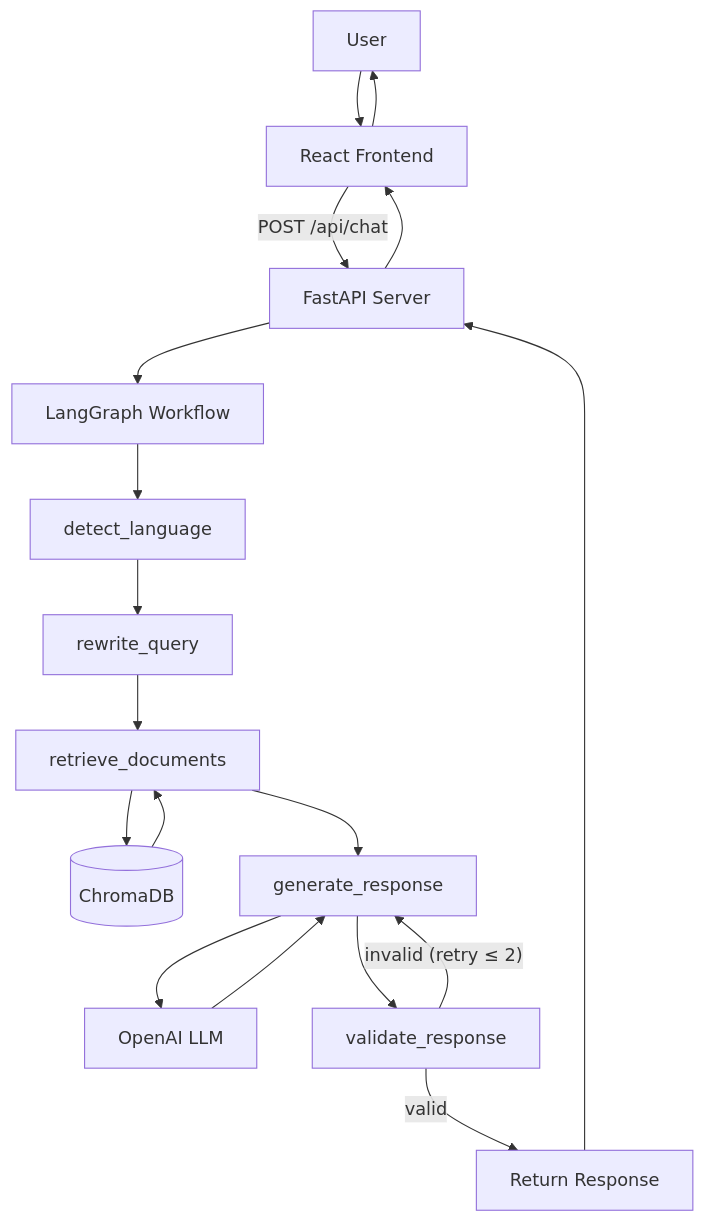
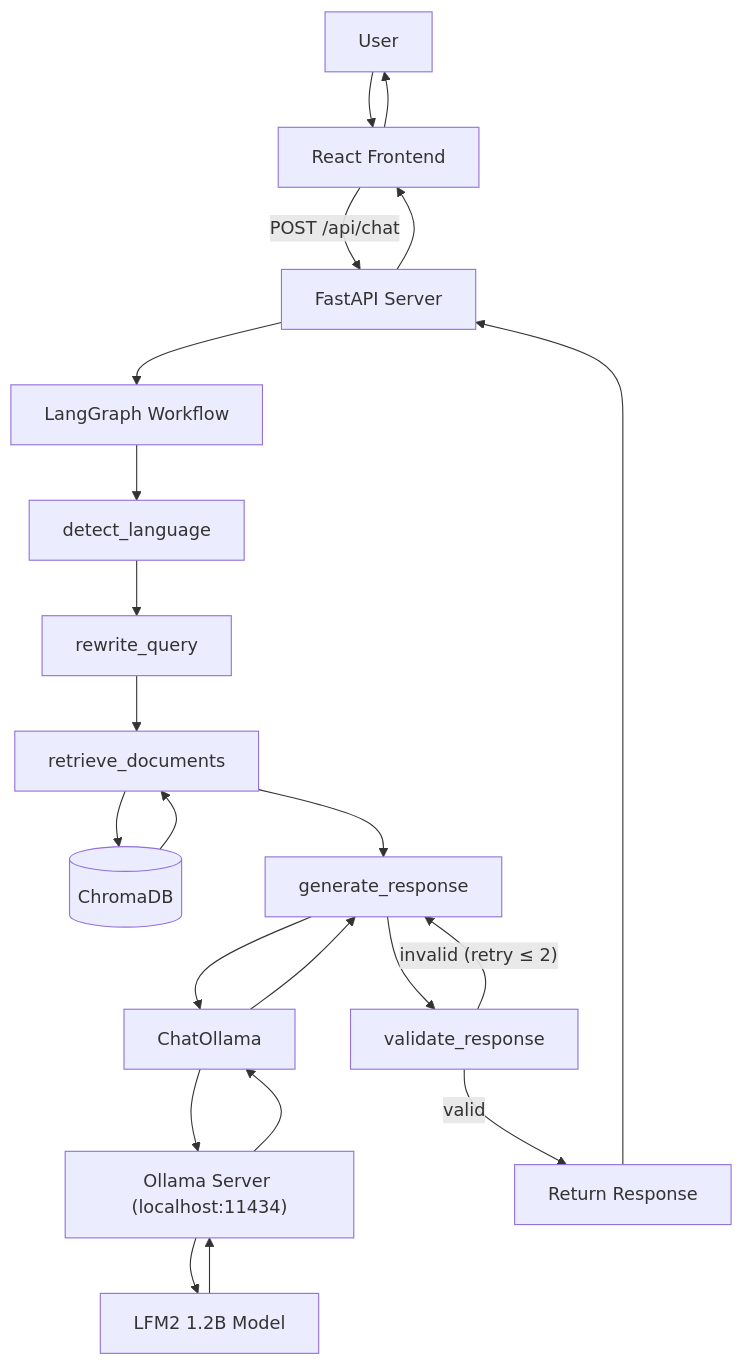
The first of 2 diagrams in README.md (kunkashyap/zucchini-bot), drawn with Mermaid before and after one commit. The commit also changed other lines of this file and 10 other files, not shown here.

````diff
--- a/README.md
+++ b/README.md
@@ -27,22 +27,26 @@
 ```mermaid
 graph TD
     A["User"] --> B["React Frontend"]
     B -->|"POST /api/chat"| C["FastAPI Server"]
     C --> D["LangGraph Workflow"]
     
     D --> E["detect_language"]
     E --> F["rewrite_query"]
     F --> G["retrieve_documents"]
     G --> H[("ChromaDB")]
     H --> G
     G --> I["generate_response"]
-    I --> J["OpenAI LLM"]
+    I --> J["ChatOllama"]
+    J --> K["Ollama Server (localhost:11434)"]
+    K --> L["LFM2 1.2B Model"]
+    L --> K
+    K --> J
     J --> I
-    I --> K["validate_response"]
-    K -->|"valid"| L["Return Response"]
-    K -->|"invalid (retry ≤ 2)"| I
+    I --> M["validate_response"]
+    M -->|"valid"| N["Return Response"]
+    M -->|"invalid (retry ≤ 2)"| I
     
-    L --> C
+    N --> C
     C --> B
     B --> A
 ```
````
